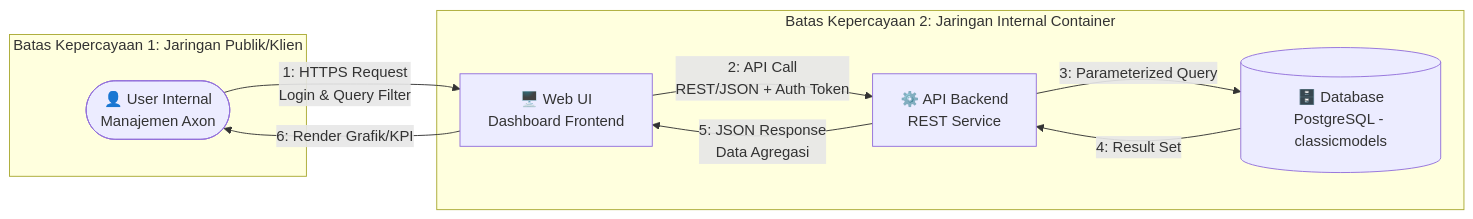
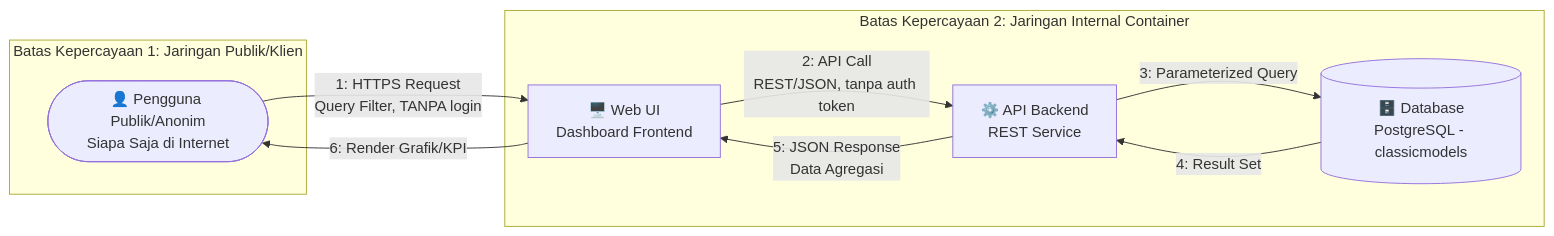
Before and after one commit to nabilroyyan/Kelompok3_DevOps: the diagram in docs/SEC-ENG/Threat_Modelling_V1.md, drawn with Mermaid. The commit also changed other lines of this file, not shown here.

````diff
--- a/docs/SEC-ENG/Threat_Modelling_V1.md
+++ b/docs/SEC-ENG/Threat_Modelling_V1.md
@@ -46,18 +44,18 @@
 ```mermaid
 flowchart LR
-    U([👤 User Internal<br/>Manajemen Axon]) -->|1: HTTPS Request<br/>Login & Query Filter| WEB[🖥️ Web UI<br/>Dashboard Frontend]
-    WEB -->|2: API Call<br/>REST/JSON + Auth Token| API[⚙️ API Backend<br/>REST Service]
+    U([👤 Pengguna Publik/Anonim<br/>Siapa Saja di Internet]) -->|1: HTTPS Request<br/>Query Filter, TANPA login| WEB[🖥️ Web UI<br/>Dashboard Frontend]
+    WEB -->|2: API Call<br/>REST/JSON, tanpa auth token| API[⚙️ API Backend<br/>REST Service]
     API -->|3: Parameterized Query| DB[(🗄️ Database<br/>PostgreSQL - classicmodels)]
     DB -->|4: Result Set| API
     API -->|5: JSON Response<br/>Data Agregasi| WEB
     WEB -->|6: Render Grafik/KPI| U
 
     subgraph TrustBoundary1["Batas Kepercayaan 1: Jaringan Publik/Klien"]
         U
     end
     subgraph TrustBoundary2["Batas Kepercayaan 2: Jaringan Internal Container"]
         WEB
         API
         DB
     end
 ```
````
